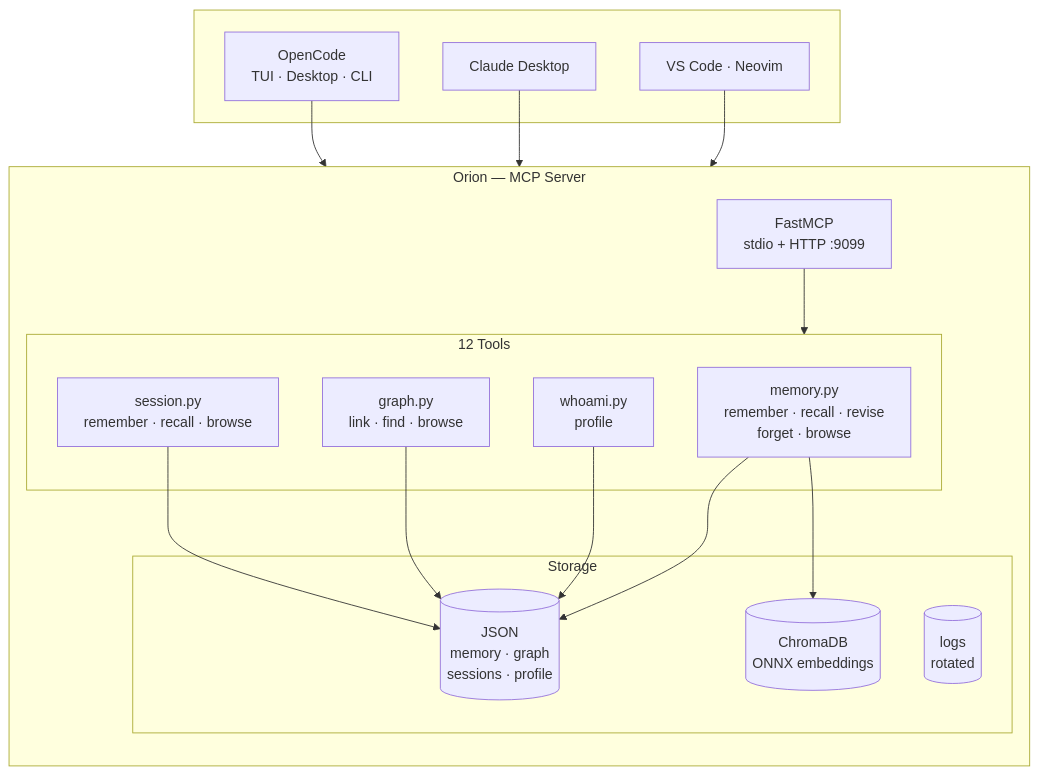
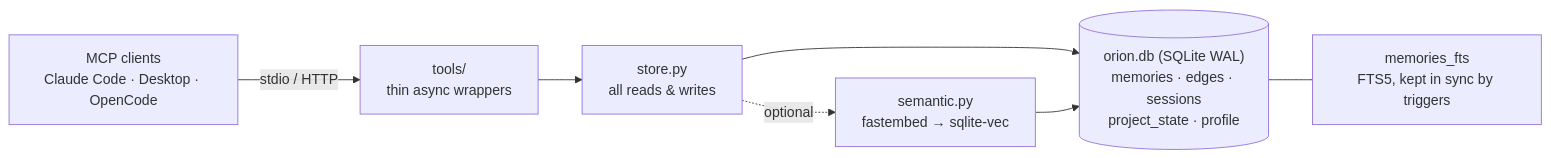
Before and after one commit to jdvalmart/orion: the diagram in README.md, drawn with Mermaid. The commit also changed other lines of this file and 42 other files, not shown here.

First line of the commit message:
refactor!: move storage to sqlite with per-project memory

````diff
--- a/README.md
+++ b/README.md
@@ -33,36 +124,9 @@
 ```mermaid
-graph TD
-    subgraph Clients[" "]
-        OC["OpenCode<br/>TUI · Desktop · CLI"]
-        CD["Claude Desktop"]
-        VS["VS Code · Neovim"]
-    end
-
-    subgraph Orion["Orion — MCP Server"]
-        direction TB
-        API["FastMCP<br/>stdio + HTTP :9099"]
-
-        subgraph Tools["  12 Tools"]
-            M["  memory.py<br/>remember · recall · revise<br/>forget · browse"]
-            W["  whoami.py<br/>profile"]
-            G["  graph.py<br/>link · find · browse"]
-            S["  session.py<br/>remember · recall · browse"]
-        end
-
-        subgraph Storage["  Storage"]
-            JSON[("  JSON<br/>memory · graph<br/>sessions · profile")]
-            CHROMA[("  ChromaDB<br/>ONNX embeddings")]
-            LOGS[("  logs<br/>rotated")]
-        end
-    end
-
-    OC --> API
-    CD --> API
-    VS --> API
-    API --> Tools
-    M --> JSON
-    M --> CHROMA
-    W --> JSON
-    G --> JSON
-    S --> JSON
+flowchart LR
+    C["MCP clients<br/>Claude Code · Desktop · OpenCode"] -->|stdio / HTTP| T["tools/<br/>thin async wrappers"]
+    T --> S["store.py<br/>all reads & writes"]
+    S --> DB[("orion.db (SQLite WAL)<br/>memories · edges · sessions<br/>project_state · profile")]
+    DB --- F["memories_fts<br/>FTS5, kept in sync by triggers"]
+    S -.optional.-> V["semantic.py<br/>fastembed → sqlite-vec"]
+    V --> DB
 ```
````
